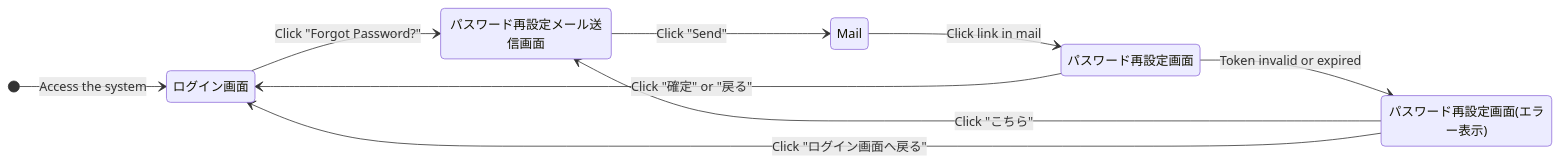
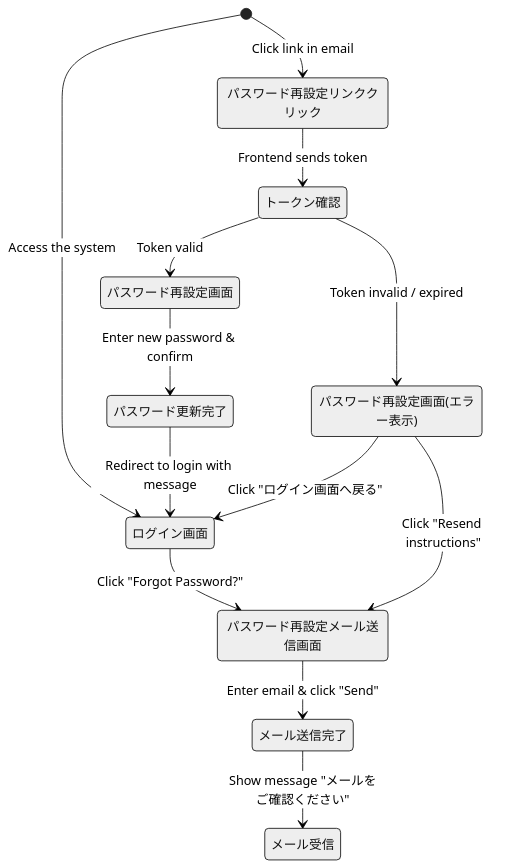
The diagram in ScreenFlow.md (dohuyvuong/Test), drawn with Mermaid before and after one commit.

````diff
--- a/ScreenFlow.md
+++ b/ScreenFlow.md
@@ -3,13 +3,23 @@
 ```mermaid
 
+%%{init: {'theme': 'neutral', 'themeVariables': {}}}%%
+ 
 stateDiagram-v2
-direction LR
   [*] --> ログイン画面 : Access the system
   ログイン画面 --> パスワード再設定メール送信画面 : Click "Forgot Password?"
-  パスワード再設定メール送信画面 --> Mail : Click "Send"
-  Mail --> パスワード再設定画面 :Click link in mail
-  パスワード再設定画面 --> ログイン画面 : Click "確定" or "戻る"
-  パスワード再設定画面 --> パスワード再設定画面(エラー表示) : Token invalid or expired
-  パスワード再設定画面(エラー表示) --> パスワード再設定メール送信画面 : Click "こちら"
+ 
+  パスワード再設定メール送信画面 --> メール送信完了 : Enter email & click "Send"
+  メール送信完了 --> メール受信 : Show message "メールをご確認ください"
+ 
+  [*] --> パスワード再設定リンククリック : Click link in email
+  パスワード再設定リンククリック --> トークン確認 : Frontend sends token
+ 
+  トークン確認 --> パスワード再設定画面 : Token valid
+  トークン確認 --> パスワード再設定画面(エラー表示) : Token invalid / expired
+ 
+  パスワード再設定画面 --> パスワード更新完了 : Enter new password & confirm
+  パスワード更新完了 --> ログイン画面 : Redirect to login with message
+ 
+  パスワード再設定画面(エラー表示) --> パスワード再設定メール送信画面 : Click "Resend instructions"
   パスワード再設定画面(エラー表示) --> ログイン画面 : Click "ログイン画面へ戻る"
 ```
````
